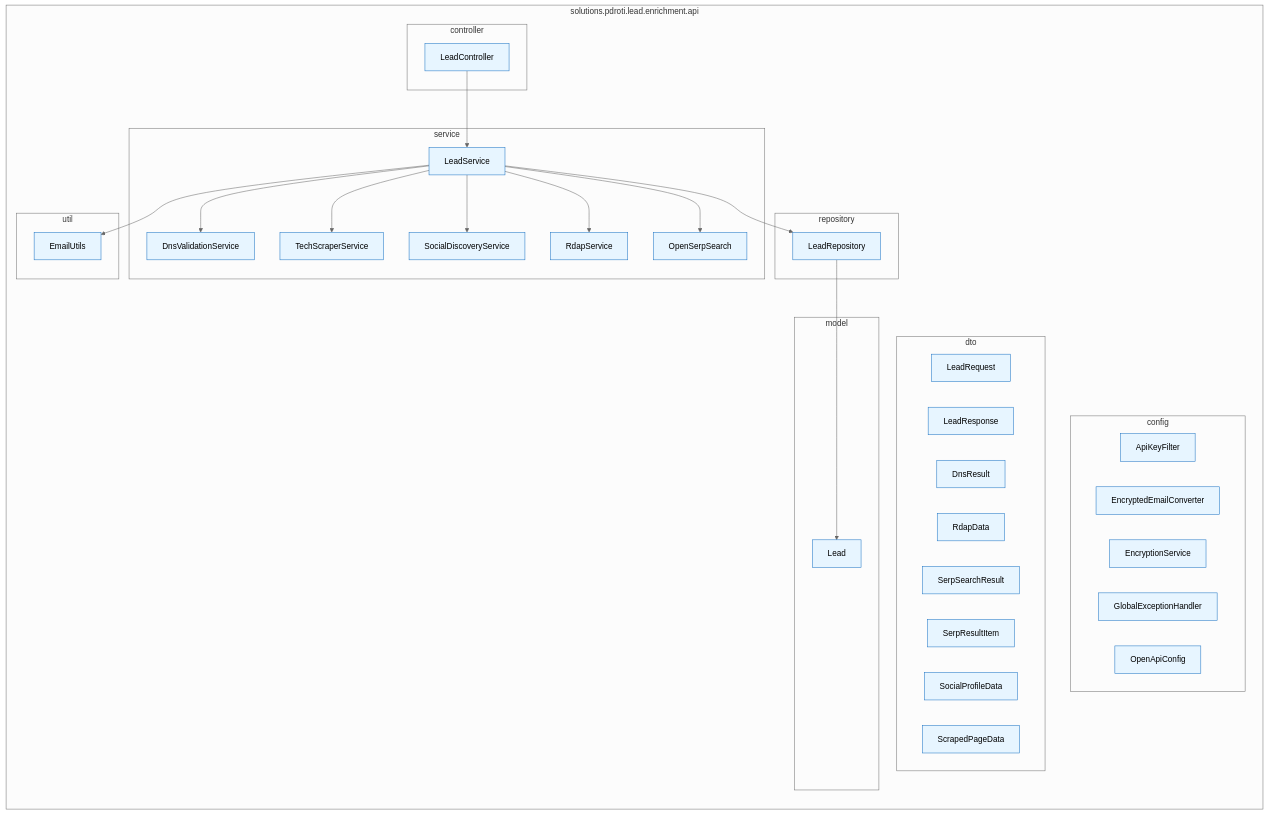
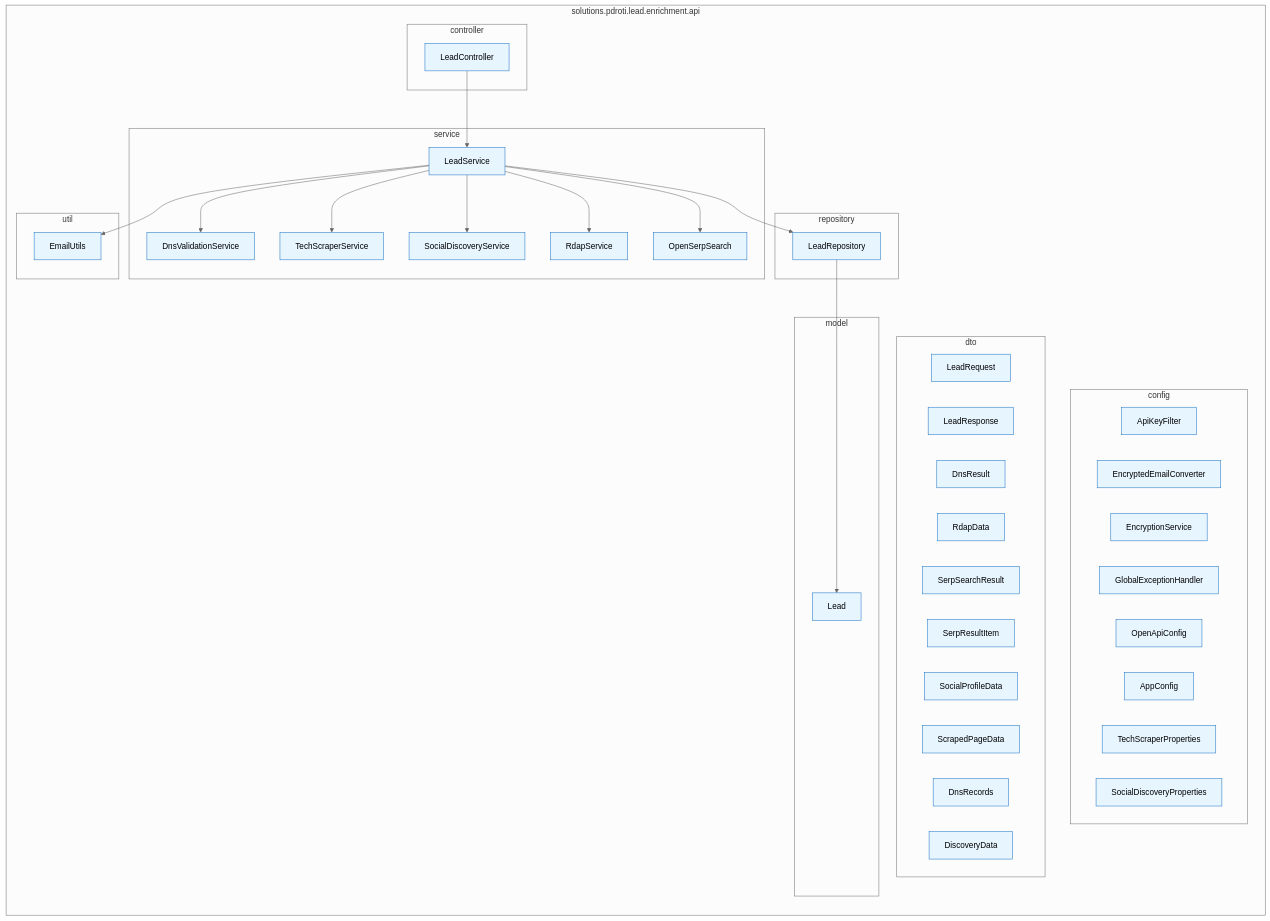
One commit to pdrodavi/lead-enrichment-api changed the third of 4 diagrams in docs/diagrams/mermaid-fluxo-enriquecimento.md. Above: the diagram before and after it, drawn with Mermaid (neutral theme). The commit also changed other lines of this file and 32 other files, not shown here.

````diff
--- a/docs/diagrams/mermaid-fluxo-enriquecimento.md
+++ b/docs/diagrams/mermaid-fluxo-enriquecimento.md
@@ -75,56 +76,61 @@
 ```mermaid
 graph TB
     subgraph "solutions.pdroti.lead.enrichment.api"
         direction TB
         subgraph "config"
             AKF[ApiKeyFilter]
             EEC[EncryptedEmailConverter]
             ES[EncryptionService]
             GEH[GlobalExceptionHandler]
             OAC[OpenApiConfig]
+            APP[AppConfig]
+            TCP[TechScraperProperties]
+            SDP[SocialDiscoveryProperties]
         end
         subgraph "controller"
             LC[LeadController]
         end
         subgraph "dto"
             LRQ[LeadRequest]
             LRS[LeadResponse]
             DR[DnsResult]
             RD[RdapData]
             SSR[SerpSearchResult]
             SRI[SerpResultItem]
             SPD[SocialProfileData]
             SCR[ScrapedPageData]
+            DNR[DnsRecords]
+            DCD[DiscoveryData]
         end
         subgraph "model"
             L[Lead]
         end
         subgraph "repository"
             LREPO[LeadRepository]
         end
         subgraph "service"
             LS[LeadService]
             DNS[DnsValidationService]
             TSS[TechScraperService]
             SDS[SocialDiscoveryService]
             RS[RdapService]
             OSS[OpenSerpSearch]
         end
         subgraph "util"
             EU[EmailUtils]
         end
     end
     
     LC --> LS
     LS --> LREPO
     LS --> DNS
     LS --> TSS
     LS --> SDS
     LS --> RS
     LS --> OSS
     LS --> EU
     LREPO --> L
     
     classDef package fill:#e7f5ff,stroke:#1971c2,stroke-width:1px
-    class AKF,EEC,ES,GEH,OAC,LC,LRQ,LRS,DR,RD,SSR,SRI,SPD,SCR,L,LREPO,LS,DNS,TSS,SDS,RS,OSS,EU package
+    class AKF,EEC,ES,GEH,OAC,APP,TCP,SDP,LC,LRQ,LRS,DR,RD,SSR,SRI,SPD,SCR,DNR,DCD,L,LREPO,LS,DNS,TSS,SDS,RS,OSS,EU package
 ```
````
